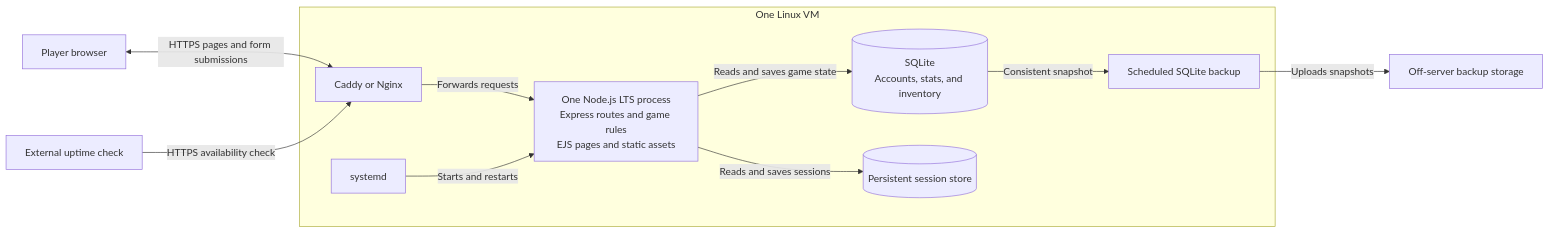
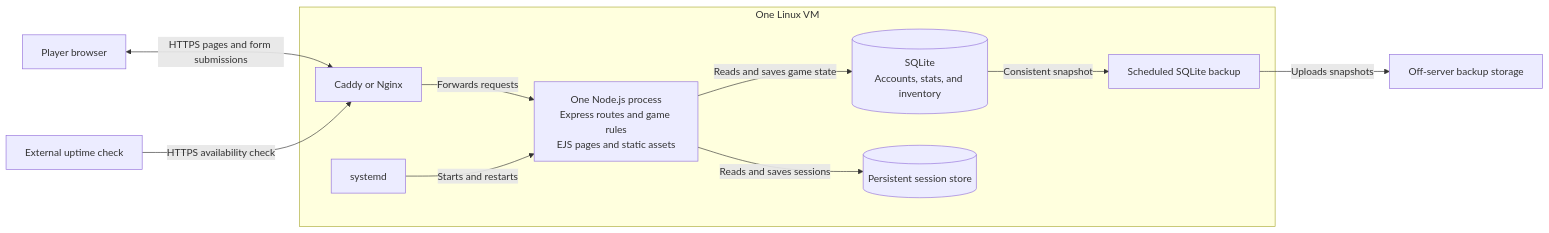
Before and after one commit to damenend/drevan: the diagram in docs/launch-architecture.md, drawn with Mermaid. The commit also changed other lines of this file and 7 other files, not shown here.

````diff
--- a/docs/launch-architecture.md
+++ b/docs/launch-architecture.md
@@ -5,25 +5,25 @@
 ```mermaid
 flowchart LR
     Player["Player browser"]
     Monitor["External uptime check"]
     Backups["Off-server backup storage"]
 
     subgraph VM["One Linux VM"]
         Proxy["Caddy or Nginx"]
         Service["systemd"]
-        App["One Node.js LTS process<br/>Express routes and game rules<br/>EJS pages and static assets"]
+        App["One Node.js process<br/>Express routes and game rules<br/>EJS pages and static assets"]
         GameDB[("SQLite<br/>Accounts, stats, and inventory")]
         Sessions[("Persistent session store")]
         BackupJob["Scheduled SQLite backup"]
 
         Proxy -->|"Forwards requests"| App
         Service -->|"Starts and restarts"| App
         App -->|"Reads and saves game state"| GameDB
         App -->|"Reads and saves sessions"| Sessions
         GameDB -->|"Consistent snapshot"| BackupJob
     end
 
     Player <-->|"HTTPS pages and form submissions"| Proxy
     Monitor -->|"HTTPS availability check"| Proxy
     BackupJob -->|"Uploads snapshots"| Backups
 ```
````
